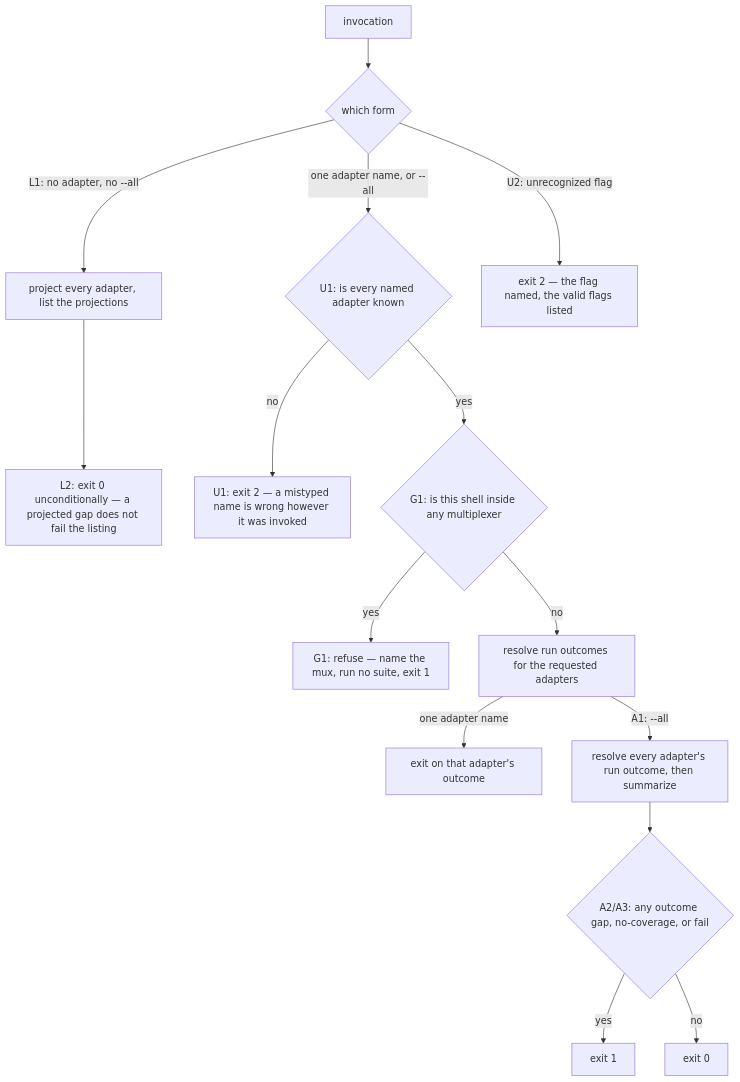
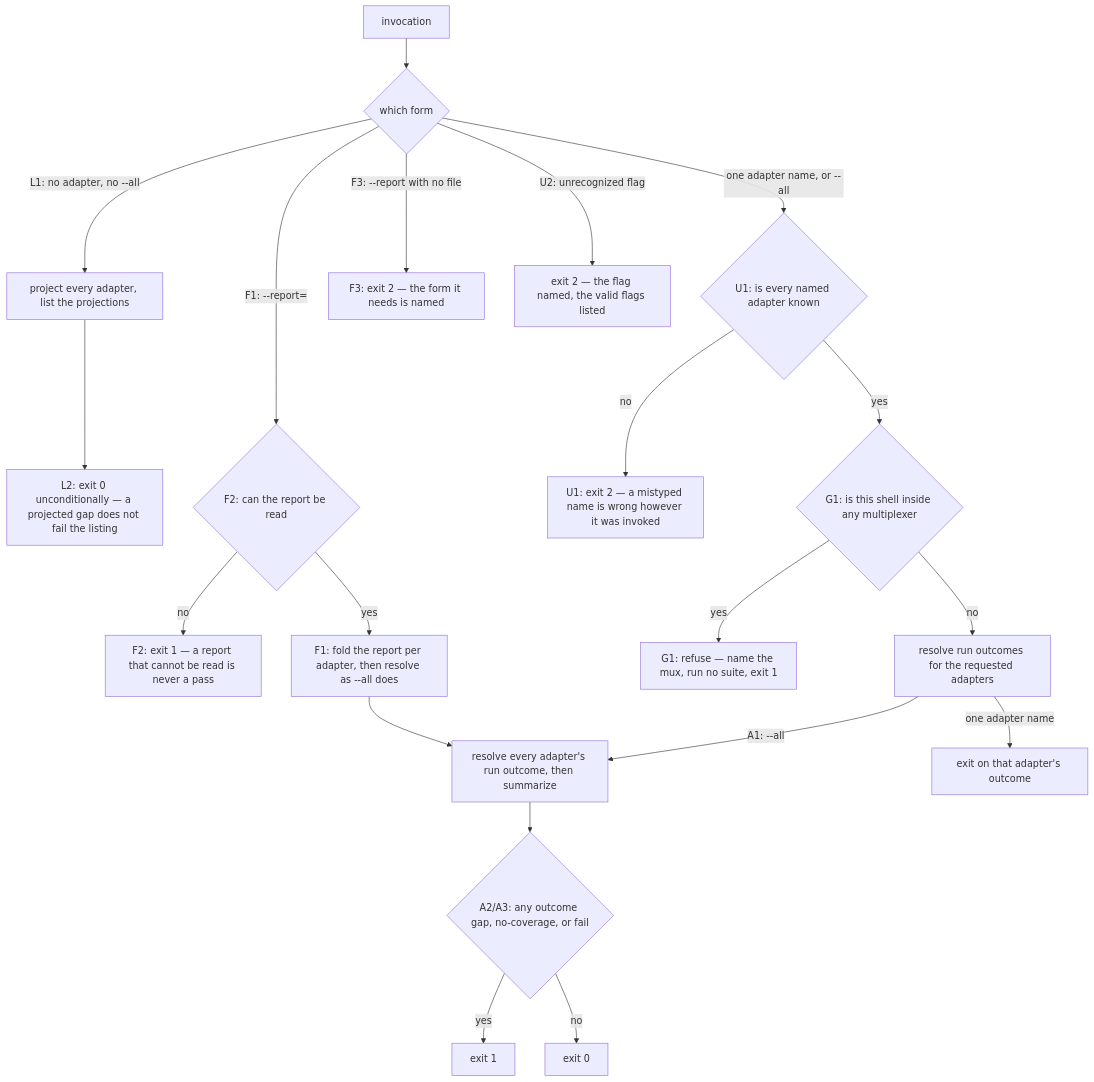
One commit to cyberuni/cyber-mux changed the fourth of 4 diagrams in packages/cyber-mux/.agents/spec/conformance/README.md. Above: the diagram before and after it, drawn with Mermaid. The commit also changed other lines of this file and 4 other files, not shown here.

````diff
--- a/packages/cyber-mux/.agents/spec/conformance/README.md
+++ b/packages/cyber-mux/.agents/spec/conformance/README.md
@@ -233,17 +261,22 @@
 ```mermaid
 graph TD
   ARGS["invocation"] --> M{"which form"}
   M -->|"L1: no adapter, no --all"| LIST["project every adapter, list the projections"]
   LIST --> L2["L2: exit 0 unconditionally — a projected gap does not fail the listing"]
   M -->|"one adapter name, or --all"| U1{"U1: is every named adapter known"}
+  M -->|"F1: --report=<file>"| RD{"F2: can the report be read"}
+  RD -->|"no"| RERR["F2: exit 1 — a report that cannot be read is never a pass"]
+  RD -->|"yes"| FOLD["F1: fold the report per adapter, then resolve as --all does"]
+  FOLD --> ALL
+  M -->|"F3: --report with no file"| RUSAGE["F3: exit 2 — the form it needs is named"]
   U1 -->|"no"| UNKNOWN["U1: exit 2 — a mistyped name is wrong however it was invoked"]
   U1 -->|"yes"| G{"G1: is this shell inside any multiplexer"}
   G -->|"yes"| REFUSE["G1: refuse — name the mux, run no suite, exit 1"]
   G -->|"no"| ONE["resolve run outcomes for the requested adapters"]
   ONE -->|"one adapter name"| SINGLE["exit on that adapter's outcome"]
   ONE -->|"A1: --all"| ALL["resolve every adapter's run outcome, then summarize"]
   ALL --> AGG{"A2/A3: any outcome gap, no-coverage, or fail"}
   AGG -->|"yes"| A2["exit 1"]
   AGG -->|"no"| A3["exit 0"]
   M -->|"U2: unrecognized flag"| UF["exit 2 — the flag named, the valid flags listed"]
 ```
````
